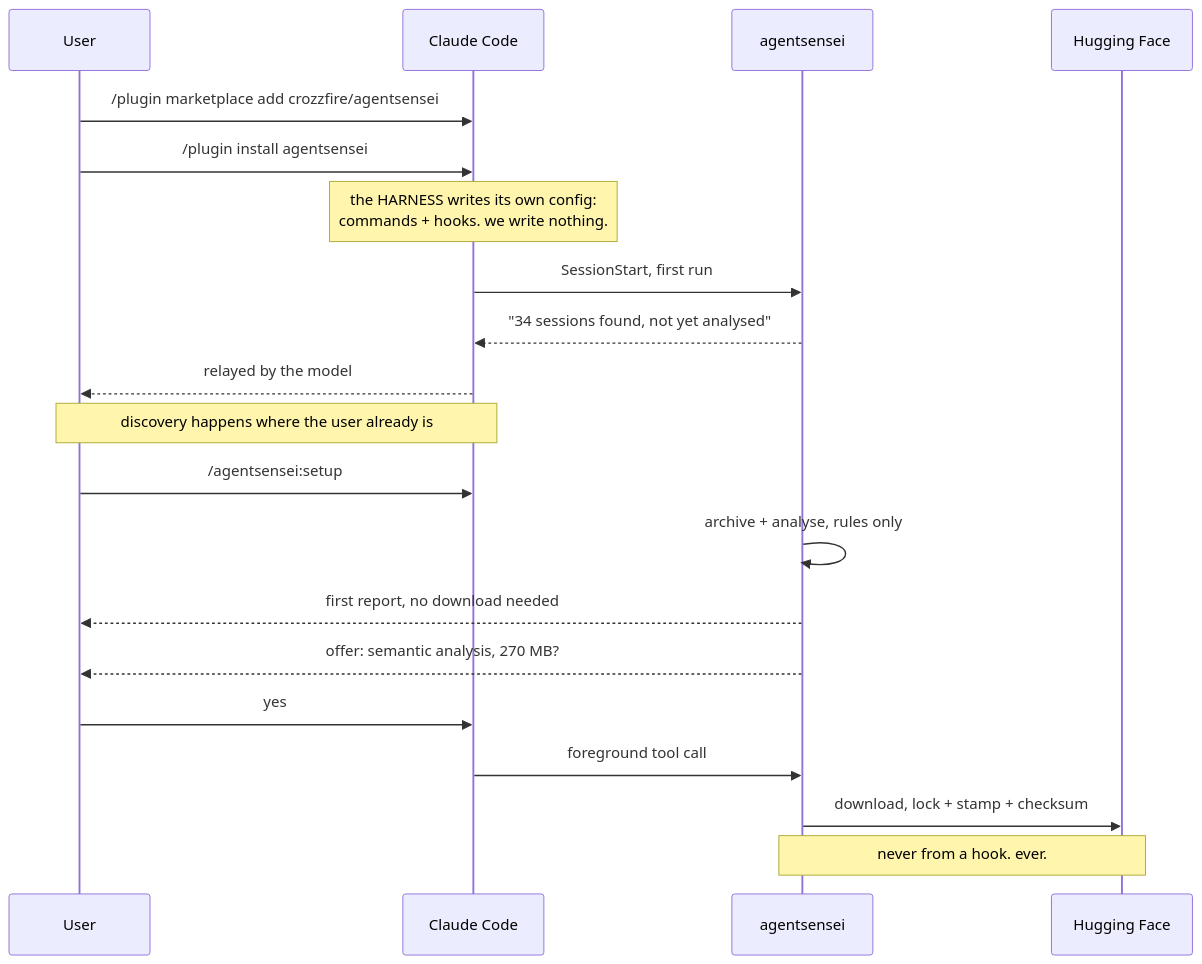
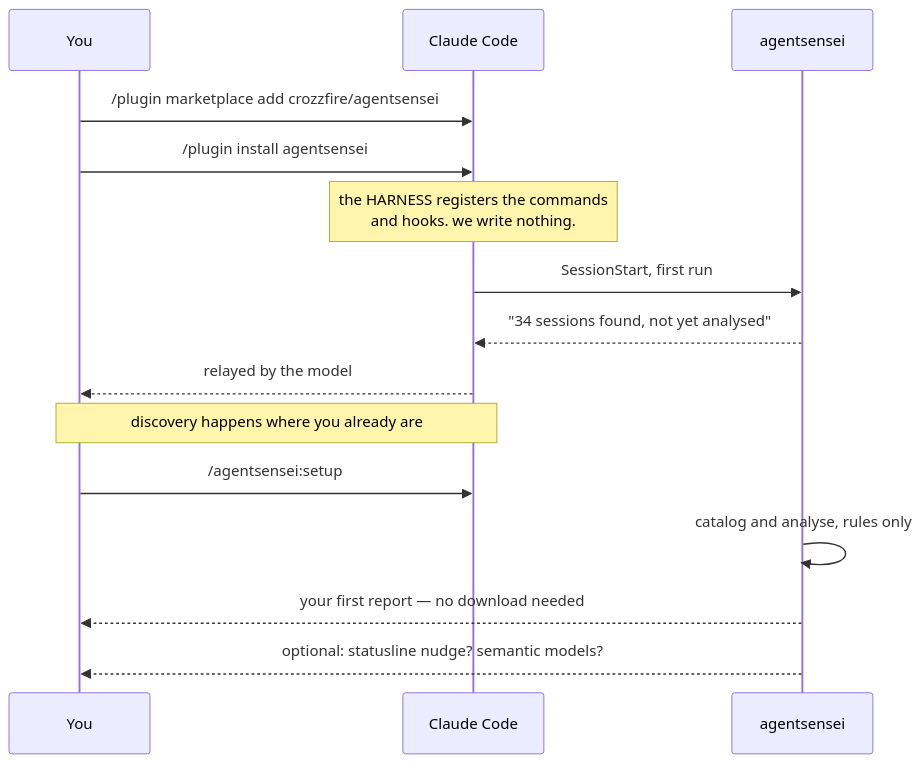
One commit to vibesenpai/vibesenpai changed the sixth of 7 diagrams in docs/architecture.md. Above: the diagram before and after it, drawn with Mermaid. The commit also changed other lines of this file and 26 other files, not shown here.

First line of the commit message:
Never copy transcripts; add parser factory and schema versioning

````diff
--- a/docs/architecture.md
+++ b/docs/architecture.md
@@ -226,26 +414,20 @@
 ```mermaid
 sequenceDiagram
-  participant U as User
+  participant U as You
   participant H as Claude Code
   participant A as agentsensei
-  participant HF as Hugging Face
 
   U->>H: /plugin marketplace add crozzfire/agentsensei
   U->>H: /plugin install agentsensei
-  Note over H: the HARNESS writes its own config:<br/>commands + hooks. we write nothing.
+  Note over H: the HARNESS registers the commands<br/>and hooks. we write nothing.
 
   H->>A: SessionStart, first run
   A-->>H: "34 sessions found, not yet analysed"
   H-->>U: relayed by the model
-  Note over U,H: discovery happens where the user already is
+  Note over U,H: discovery happens where you already are
 
   U->>H: /agentsensei:setup
-  A->>A: archive + analyse, rules only
-  A-->>U: first report, no download needed
-  A-->>U: offer: semantic analysis, 270 MB?
-
-  U->>H: yes
-  H->>A: foreground tool call
-  A->>HF: download, lock + stamp + checksum
-  Note over A,HF: never from a hook. ever.
+  A->>A: catalog and analyse, rules only
+  A-->>U: your first report — no download needed
+  A-->>U: optional: statusline nudge? semantic models?
 ```
````
